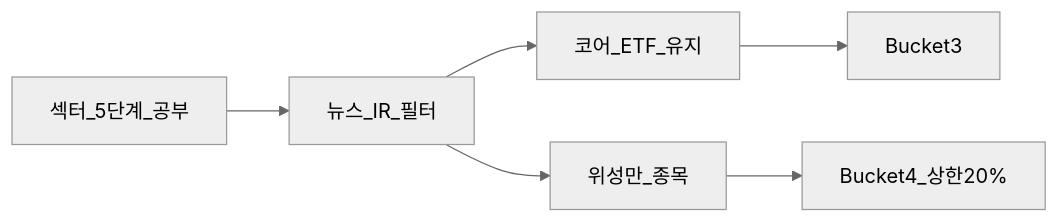
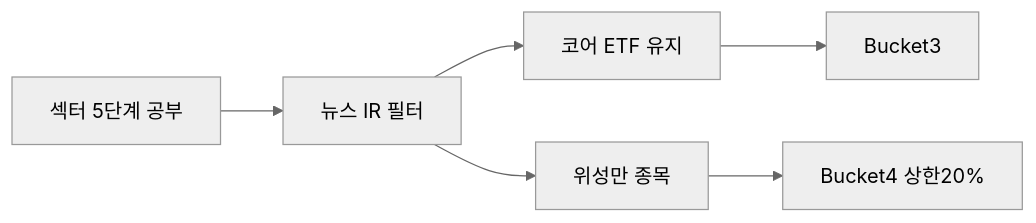
Before and after one commit to goldanghenry/Finances: the second of 2 diagrams in 04-portfolio/passive-vs-active.md, drawn with Mermaid (neutral theme). The commit also changed other lines of this file and 211 other files, not shown here.

````diff
--- a/04-portfolio/passive-vs-active.md
+++ b/04-portfolio/passive-vs-active.md
@@ -120,8 +114,8 @@
 ```mermaid
 flowchart LR
-  Study[섹터_5단계_공부] --> Filter[뉴스_IR_필터]
-  Filter --> CoreKeep[코어_ETF_유지]
-  Filter --> SatOnly[위성만_종목]
+  Study["섹터 5단계 공부"] --> Filter["뉴스 IR 필터"]
+  Filter --> CoreKeep["코어 ETF 유지"]
+  Filter --> SatOnly["위성만 종목"]
   CoreKeep --> B3[Bucket3]
-  SatOnly --> B4[Bucket4_상한20%]
+  SatOnly --> B4["Bucket4 상한20%"]
 ```
````
